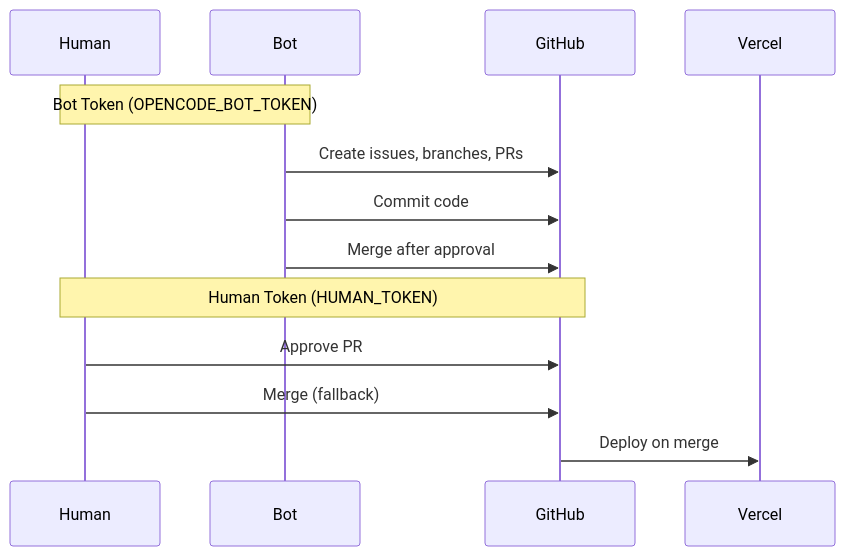
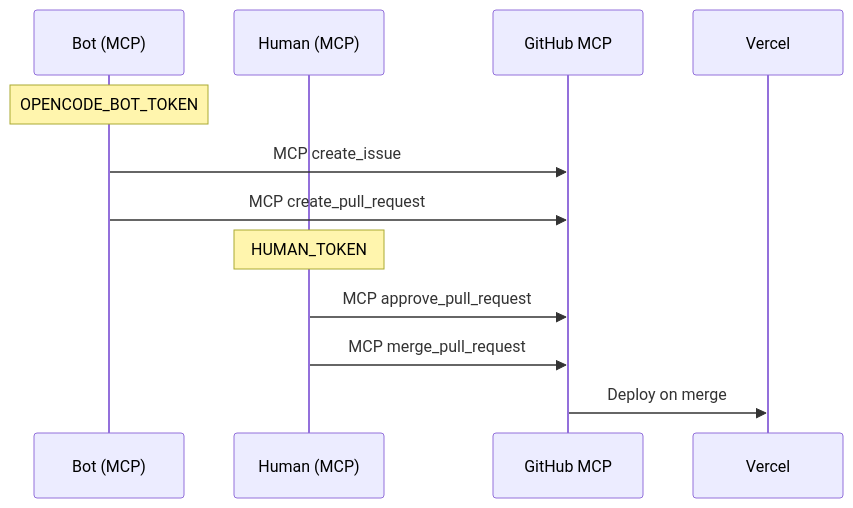
The fourth of 5 diagrams in docs/workflows.md (calavia-org/opencode-hub), drawn with Mermaid before and after one commit. The commit also changed other lines of this file and 3 other files, not shown here.

First line of the commit message:
docs: enforce MCP for all GitHub actions

````diff
--- a/docs/workflows.md
+++ b/docs/workflows.md
@@ -87,18 +89,17 @@
 ```mermaid
 sequenceDiagram
-    participant Human
-    participant Bot
-    participant GitHub
-    participant Vercel
+    participant Bot as Bot (MCP)
+    participant Human as Human (MCP)
+    participant GitHub as GitHub MCP
+    participant Vercel as Vercel
 
-    Note over Human,Bot: Bot Token (OPENCODE_BOT_TOKEN)
-    Bot->>GitHub: Create issues, branches, PRs
-    Bot->>GitHub: Commit code
-    Bot->>GitHub: Merge after approval
+    Note over Bot: OPENCODE_BOT_TOKEN
+    Bot->>GitHub: MCP create_issue
+    Bot->>GitHub: MCP create_pull_request
     
-    Note over Human,GitHub: Human Token (HUMAN_TOKEN)
-    Human->>GitHub: Approve PR
-    Human->>GitHub: Merge (fallback)
+    Note over Human: HUMAN_TOKEN
+    Human->>GitHub: MCP approve_pull_request
+    Human->>GitHub: MCP merge_pull_request
     
     GitHub->>Vercel: Deploy on merge
 ```
````
